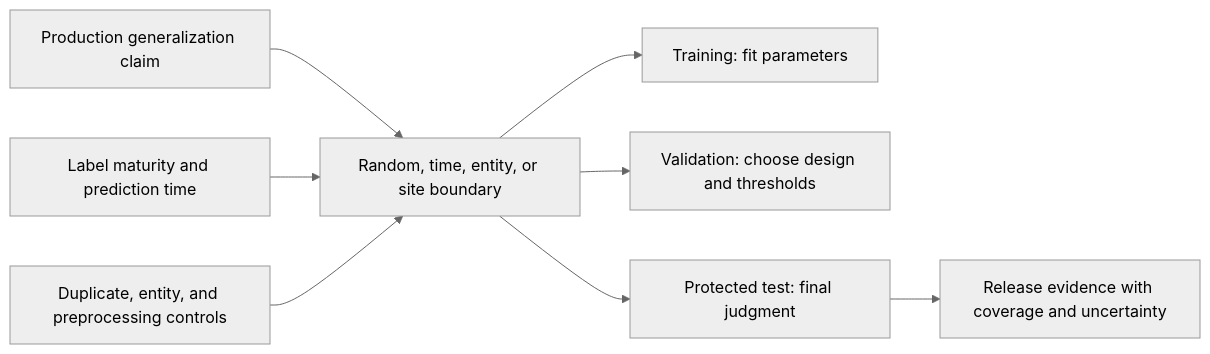
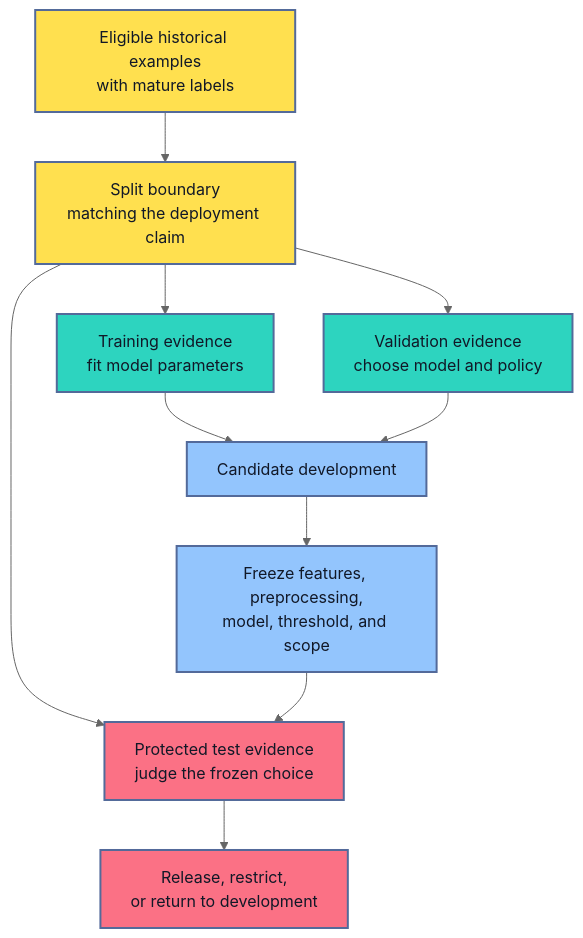
The first of 6 diagrams in roadmaps/mlops/modules/data-for-ml-systems/training-data-basics/02-train-validation-test-splits.md (senlinyy/dev-roadmaps), drawn with Mermaid (neutral theme) before and after one commit. The commit also changed other lines of this file and 198 other files, not shown here.

````diff
--- a/roadmaps/mlops/modules/data-for-ml-systems/training-data-basics/02-train-validation-test-splits.md
+++ b/roadmaps/mlops/modules/data-for-ml-systems/training-data-basics/02-train-validation-test-splits.md
@@ -23,10 +41,21 @@
 ```mermaid
-flowchart LR
-    Claim["Production generalization claim"] --> Shape["Random, time, entity, or site boundary"]
-    Shape --> Train["Training: fit parameters"]
-    Shape --> Validation["Validation: choose design and thresholds"]
-    Shape --> Test["Protected test: final judgment"]
-    Maturity["Label maturity and prediction time"] --> Shape
-    Contamination["Duplicate, entity, and preprocessing controls"] --> Shape
-    Test --> Decision["Release evidence with coverage and uncertainty"]
+flowchart TD
+    D["Eligible historical examples<br/>with mature labels"] --> B["Split boundary<br/>matching the deployment claim"]
+    B --> T["Training evidence<br/>fit model parameters"]
+    B --> V["Validation evidence<br/>choose model and policy"]
+    B --> E["Protected test evidence<br/>judge the frozen choice"]
+    T --> C["Candidate development"]
+    V --> C
+    C --> F["Freeze features, preprocessing,<br/>model, threshold, and scope"]
+    F --> E
+    E --> R["Release, restrict,<br/>or return to development"]
+
+    classDef yellow fill:#FFE04F,stroke:#536A9A,color:#111827,stroke-width:2px;
+    classDef teal fill:#2DD4BF,stroke:#536A9A,color:#111827,stroke-width:2px;
+    classDef blue fill:#93C5FD,stroke:#536A9A,color:#111827,stroke-width:2px;
+    classDef pink fill:#FB7185,stroke:#536A9A,color:#111827,stroke-width:2px;
+    class D,B yellow;
+    class T,V teal;
+    class C,F blue;
+    class E,R pink;
 ```
````
